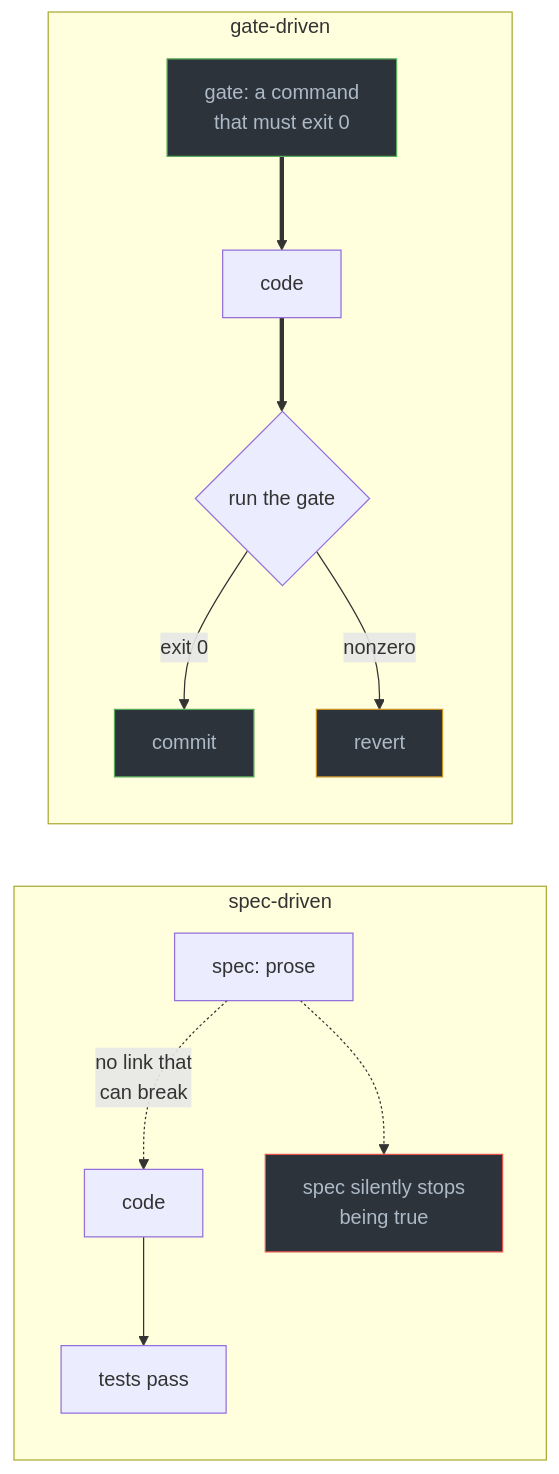
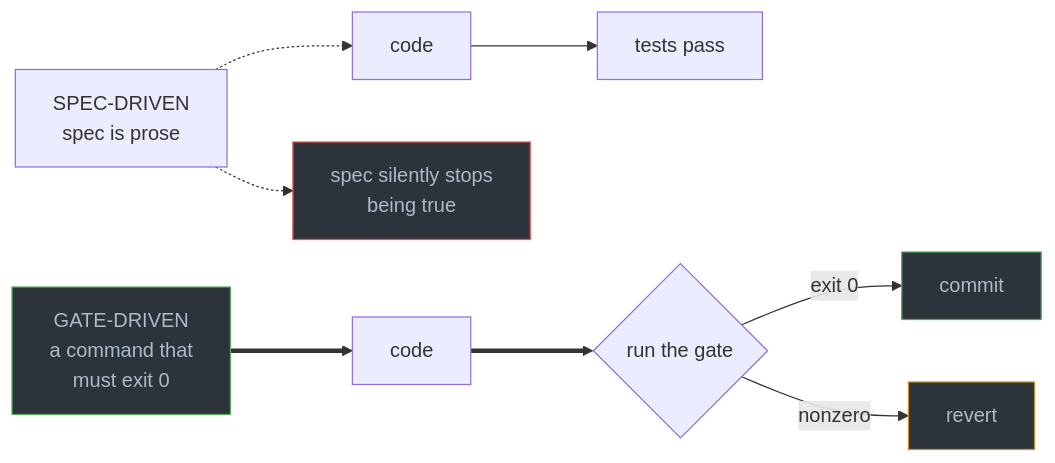
One commit to gaberger/hex changed the second of 4 diagrams in README.md. Above: the diagram before and after it, drawn with Mermaid. The commit also changed other lines of this file and 2 other files, not shown here.

````diff
--- a/README.md
+++ b/README.md
@@ -67,22 +67,16 @@
 ```mermaid
 flowchart LR
-    subgraph S["spec-driven"]
-        direction TB
-        S1["spec: prose"] -. "no link that<br/>can break" .-> S2["code"]
-        S2 --> S3["tests pass"]
-        S1 -.-> S4["spec silently stops<br/>being true"]
-    end
+    S1["SPEC-DRIVEN<br/>spec is prose"] -.-> S2["code"]
+    S2 --> S3["tests pass"]
+    S1 -.-> S4["spec silently stops<br/>being true"]
 
-    subgraph G["gate-driven"]
-        direction TB
-        G1["gate: a command<br/>that must exit 0"] ==> G2["code"]
-        G2 ==> G3{"run the gate"}
-        G3 -->|"exit 0"| G4["commit"]
-        G3 -->|"nonzero"| G5["revert"]
-    end
+    G1["GATE-DRIVEN<br/>a command that<br/>must exit 0"] ==> G2["code"]
+    G2 ==> G3{"run the gate"}
+    G3 -->|"exit 0"| G4["commit"]
+    G3 -->|"nonzero"| G5["revert"]
 
     style S4 fill:#2d333b,stroke:#e5534b,color:#adbac7
     style G1 fill:#2d333b,stroke:#57ab5a,color:#adbac7
     style G4 fill:#2d333b,stroke:#57ab5a,color:#adbac7
     style G5 fill:#2d333b,stroke:#c69026,color:#adbac7
 ```
````
